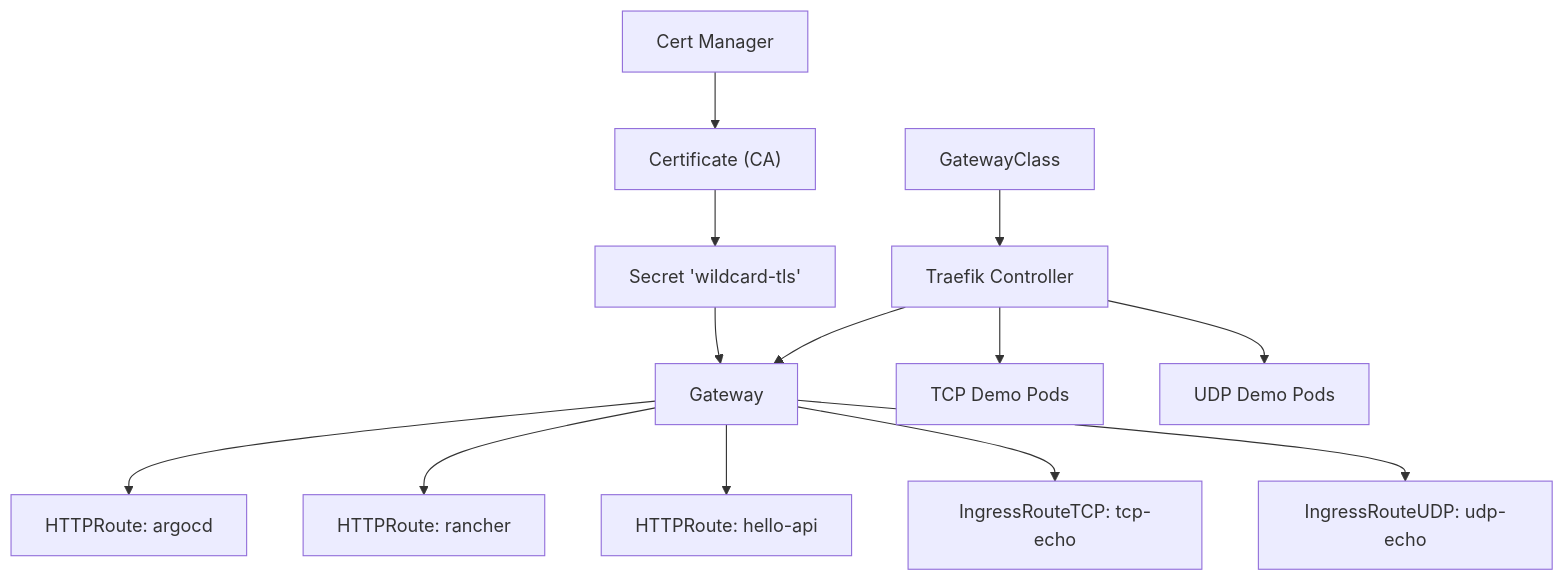
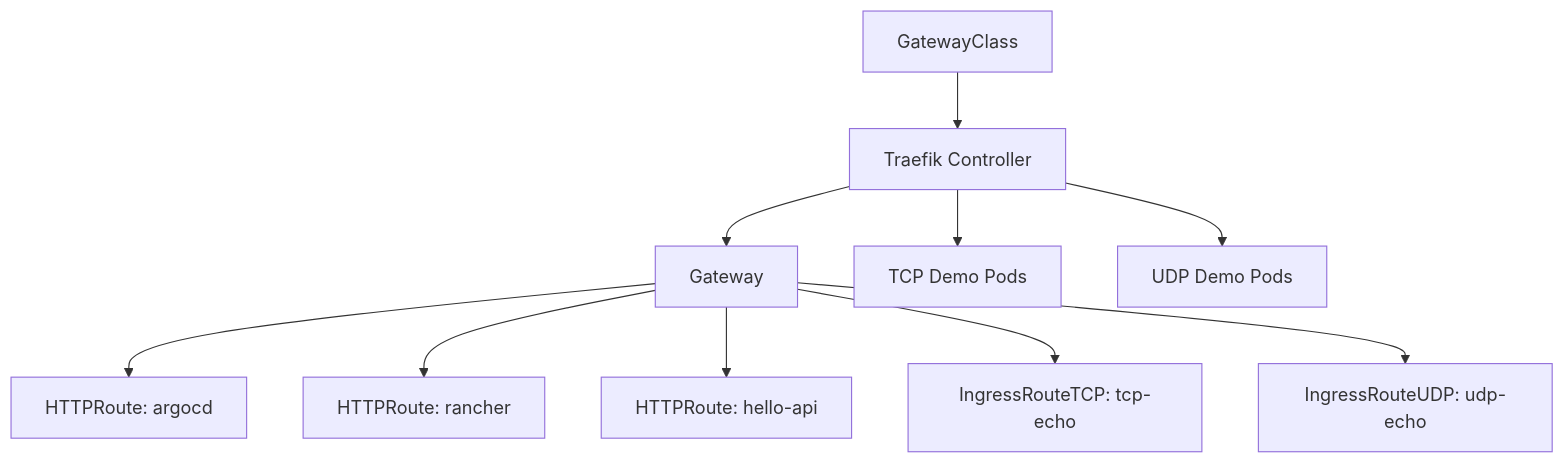
One commit to Hoangvu75/k8s_manifest changed the eighth of 8 diagrams in .qoder/repowiki/en/content/Advanced Topics/Advanced Networking Configurations.md. Above: the diagram before and after it, drawn with Mermaid. The commit also changed other lines of this file and 10 other files, not shown here.

````diff
--- a/.qoder/repowiki/en/content/Advanced Topics/Advanced Networking Configurations.md
+++ b/.qoder/repowiki/en/content/Advanced Topics/Advanced Networking Configurations.md
@@ -479,15 +486,12 @@
 ```mermaid
 graph TD
 GC["GatewayClass"] --> CTRL["Traefik Controller"]
 CTRL --> GW["Gateway"]
 GW --> HR1["HTTPRoute: argocd"]
 GW --> HR2["HTTPRoute: rancher"]
 GW --> HR3["HTTPRoute: hello-api"]
 GW --> ITCPTCP["IngressRouteTCP: tcp-echo"]
 GW --> IUDP["IngressRouteUDP: udp-echo"]
-CM["Cert Manager"] --> CERT["Certificate (CA)"]
-CERT --> SECRET["Secret 'wildcard-tls'"]
-SECRET --> GW
 CTRL --> TCPDEMO["TCP Demo Pods"]
 CTRL --> UDPDEMO["UDP Demo Pods"]
 ```
````
